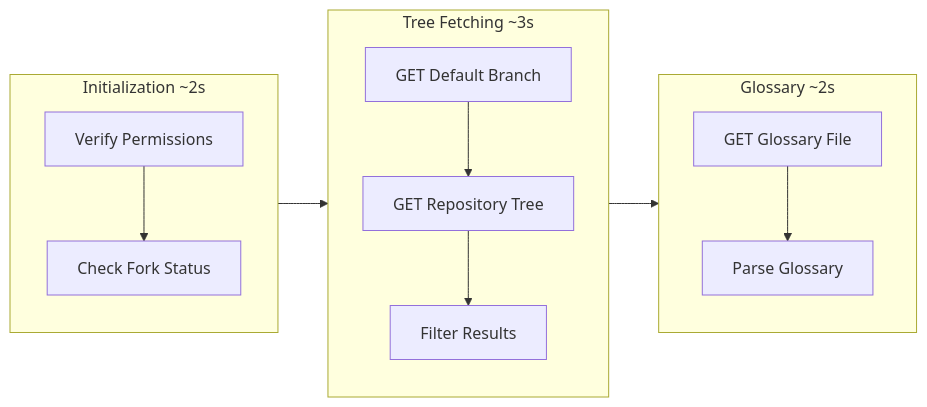
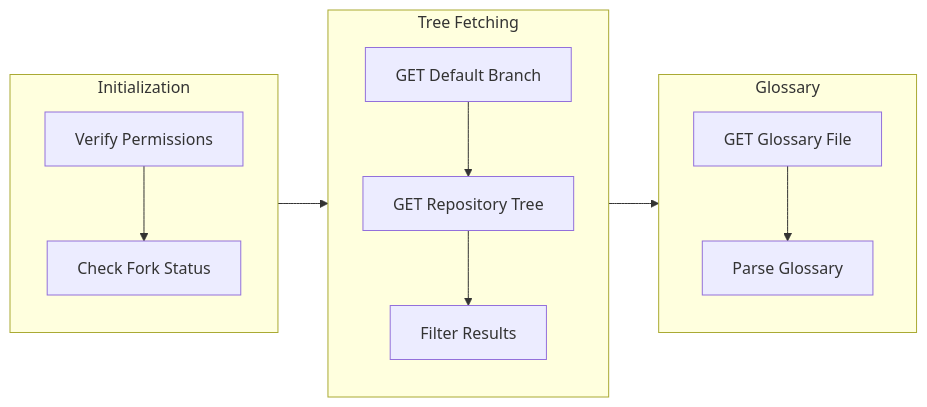
Before and after one commit to NivaldoFarias/translate-react: the eighth of 11 diagrams in docs/WORKFLOW.md, drawn with Mermaid. The commit also changed other lines of this file and 28 other files, not shown here.

````diff
--- a/docs/WORKFLOW.md
+++ b/docs/WORKFLOW.md
@@ -433,16 +347,14 @@
 ```mermaid
 flowchart LR
-    subgraph Init["Initialization ~2s"]
+    subgraph Init["Initialization"]
         A1[Verify Permissions] --> A2[Check Fork Status]
     end
-
-    subgraph Fetch["Tree Fetching ~3s"]
+    subgraph Fetch["Tree Fetching"]
         B1[GET Default Branch] --> B2[GET Repository Tree] --> B3[Filter Results]
     end
-
-    subgraph Gloss["Glossary ~2s"]
+    subgraph Gloss["Glossary"]
         C1[GET Glossary File] --> C2[Parse Glossary]
     end
 
     Init --> Fetch --> Gloss
 ```
````
